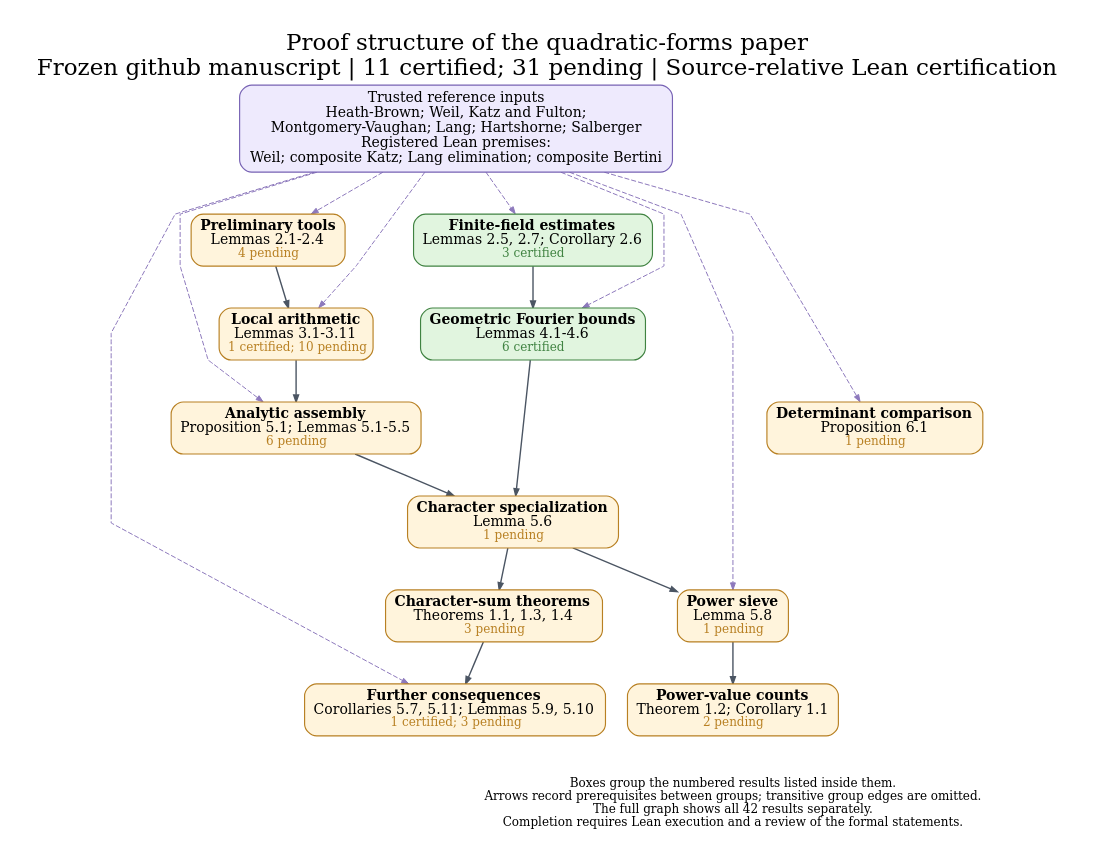
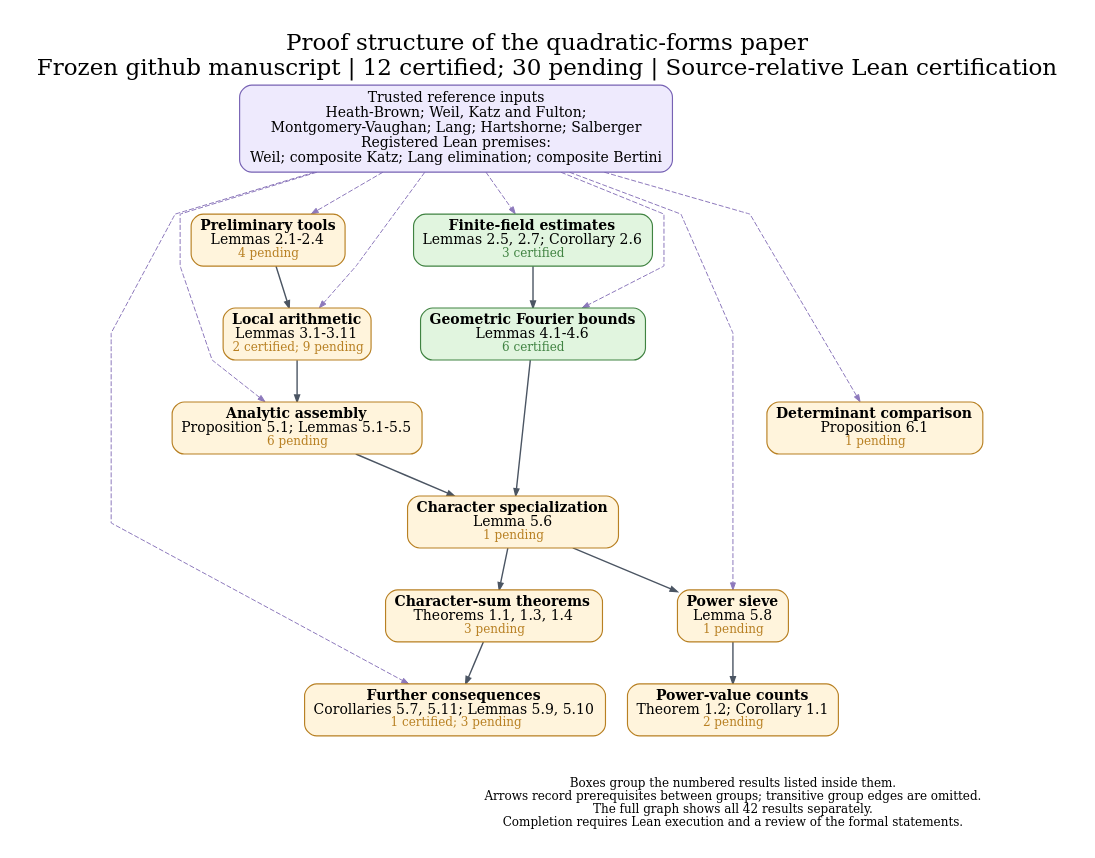
Before and after one commit to nicolasrobles/quaternary-quadratic-forms: the diagram in docs/dependency_overview.dot, drawn with Graphviz. The commit also changed 37 other files, not shown here.

```diff
--- a/docs/dependency_overview.dot
+++ b/docs/dependency_overview.dot
@@ -1,43 +1,43 @@
 digraph Overview {
 graph [rankdir=TB, newrank=true, compound=true, outputorder=edgesfirst,
   bgcolor="white", fontname="DejaVu Serif", fontsize=23, labelloc=t,
-  label="Proof structure of the quadratic-forms paper\nFrozen github manuscript | 11 certified; 31 pending | Source-relative Lean certification",
+  label="Proof structure of the quadratic-forms paper\nFrozen github manuscript | 12 certified; 30 pending | Source-relative Lean certification",
   nodesep=0.30, ranksep=0.58, pad=0.28, splines=polyline];
 node [shape=box, style="rounded,filled", fillcolor="#fff4dc", color="#b88023",
   fontname="DejaVu Serif", fontsize=14, penwidth=1.15, margin="0.12,0.09"];
 edge [color="#4b5563", arrowsize=0.70, penwidth=1.05];
 sources [label="Trusted reference inputs\nHeath-Brown; Weil, Katz and Fulton;\nMontgomery-Vaughan; Lang; Hartshorne; Salberger\nRegistered Lean premises:\nWeil; composite Katz; Lang elimination; composite Bertini", fillcolor="#eeeafd", color="#7762b4", fontsize=14];
 "prelim" [label=<<B>Preliminary tools</B><BR/>Lemmas 2.1-2.4<BR/><FONT POINT-SIZE="12" COLOR="#b88023">4 pending</FONT>>, fillcolor="#fff4dc", color="#b88023", URL="https://github.com/nicolasrobles/quaternary-quadratic-forms/blob/main/INVENTORY.md", target="_blank"];
 "finite" [label=<<B>Finite-field estimates</B><BR/>Lemmas 2.5, 2.7; Corollary 2.6<BR/><FONT POINT-SIZE="12" COLOR="#408342">3 certified</FONT>>, fillcolor="#e1f5df", color="#408342", URL="https://github.com/nicolasrobles/quaternary-quadratic-forms/blob/main/INVENTORY.md", target="_blank"];
-"local" [label=<<B>Local arithmetic</B><BR/>Lemmas 3.1-3.11<BR/><FONT POINT-SIZE="12" COLOR="#b88023">1 certified; 10 pending</FONT>>, fillcolor="#fff4dc", color="#b88023", URL="https://github.com/nicolasrobles/quaternary-quadratic-forms/blob/main/INVENTORY.md", target="_blank"];
+"local" [label=<<B>Local arithmetic</B><BR/>Lemmas 3.1-3.11<BR/><FONT POINT-SIZE="12" COLOR="#b88023">2 certified; 9 pending</FONT>>, fillcolor="#fff4dc", color="#b88023", URL="https://github.com/nicolasrobles/quaternary-quadratic-forms/blob/main/INVENTORY.md", target="_blank"];
 "fourier" [label=<<B>Geometric Fourier bounds</B><BR/>Lemmas 4.1-4.6<BR/><FONT POINT-SIZE="12" COLOR="#408342">6 certified</FONT>>, fillcolor="#e1f5df", color="#408342", URL="https://github.com/nicolasrobles/quaternary-quadratic-forms/blob/main/INVENTORY.md", target="_blank"];
 "analytic" [label=<<B>Analytic assembly</B><BR/>Proposition 5.1; Lemmas 5.1-5.5<BR/><FONT POINT-SIZE="12" COLOR="#b88023">6 pending</FONT>>, fillcolor="#fff4dc", color="#b88023", URL="https://github.com/nicolasrobles/quaternary-quadratic-forms/blob/main/INVENTORY.md", target="_blank"];
 "characters" [label=<<B>Character specialization</B><BR/>Lemma 5.6<BR/><FONT POINT-SIZE="12" COLOR="#b88023">1 pending</FONT>>, fillcolor="#fff4dc", color="#b88023", URL="https://github.com/nicolasrobles/quaternary-quadratic-forms/blob/main/INVENTORY.md", target="_blank"];
 "sieve" [label=<<B>Power sieve</B><BR/>Lemma 5.8<BR/><FONT POINT-SIZE="12" COLOR="#b88023">1 pending</FONT>>, fillcolor="#fff4dc", color="#b88023", URL="https://github.com/nicolasrobles/quaternary-quadratic-forms/blob/main/INVENTORY.md", target="_blank"];
 "consequences" [label=<<B>Further consequences</B><BR/>Corollaries 5.7, 5.11; Lemmas 5.9, 5.10<BR/><FONT POINT-SIZE="12" COLOR="#b88023">1 certified; 3 pending</FONT>>, fillcolor="#fff4dc", color="#b88023", URL="https://github.com/nicolasrobles/quaternary-quadratic-forms/blob/main/INVENTORY.md", target="_blank"];
 "maincharacters" [label=<<B>Character-sum theorems</B><BR/>Theorems 1.1, 1.3, 1.4<BR/><FONT POINT-SIZE="12" COLOR="#b88023">3 pending</FONT>>, fillcolor="#fff4dc", color="#b88023", URL="https://github.com/nicolasrobles/quaternary-quadratic-forms/blob/main/INVENTORY.md", target="_blank"];
 "mainpowers" [label=<<B>Power-value counts</B><BR/>Theorem 1.2; Corollary 1.1<BR/><FONT POINT-SIZE="12" COLOR="#b88023">2 pending</FONT>>, fillcolor="#fff4dc", color="#b88023", URL="https://github.com/nicolasrobles/quaternary-quadratic-forms/blob/main/INVENTORY.md", target="_blank"];
 "fixed" [label=<<B>Determinant comparison</B><BR/>Proposition 6.1<BR/><FONT POINT-SIZE="12" COLOR="#b88023">1 pending</FONT>>, fillcolor="#fff4dc", color="#b88023", URL="https://github.com/nicolasrobles/quaternary-quadratic-forms/blob/main/INVENTORY.md", target="_blank"];
 "analytic" -> "characters" [penwidth=1.4];
 "characters" -> "maincharacters" [penwidth=1.4];
 "characters" -> "sieve" [penwidth=1.4];
 "finite" -> "fourier" [penwidth=1.4];
 "fourier" -> "characters" [penwidth=1.4];
 "local" -> "analytic" [penwidth=1.4];
 "maincharacters" -> "consequences" [penwidth=1.4];
 "prelim" -> "local" [penwidth=1.4];
 "sieve" -> "mainpowers" [penwidth=1.4];
 sources -> "analytic" [style=dashed, color="#8d79bc", penwidth=1.0];
 sources -> "consequences" [style=dashed, color="#8d79bc", penwidth=1.0];
 sources -> "finite" [style=dashed, color="#8d79bc", penwidth=1.0];
 sources -> "fixed" [style=dashed, color="#8d79bc", penwidth=1.0];
 sources -> "fourier" [style=dashed, color="#8d79bc", penwidth=1.0];
 sources -> "local" [style=dashed, color="#8d79bc", penwidth=1.0];
 sources -> "prelim" [style=dashed, color="#8d79bc", penwidth=1.0];
 sources -> "sieve" [style=dashed, color="#8d79bc", penwidth=1.0];
 legend [shape=plain, style="", label="Boxes group the numbered results listed inside them.\nArrows record prerequisites between groups; transitive group edges are omitted.\nThe full graph shows all 42 results separately.\nCompletion requires Lean execution and a review of the formal statements.", fontsize=12];
 {rank=sink; legend;}
 "consequences" -> legend [style=invis];
 "fixed" -> legend [style=invis];
 "mainpowers" -> legend [style=invis];
 }
```
